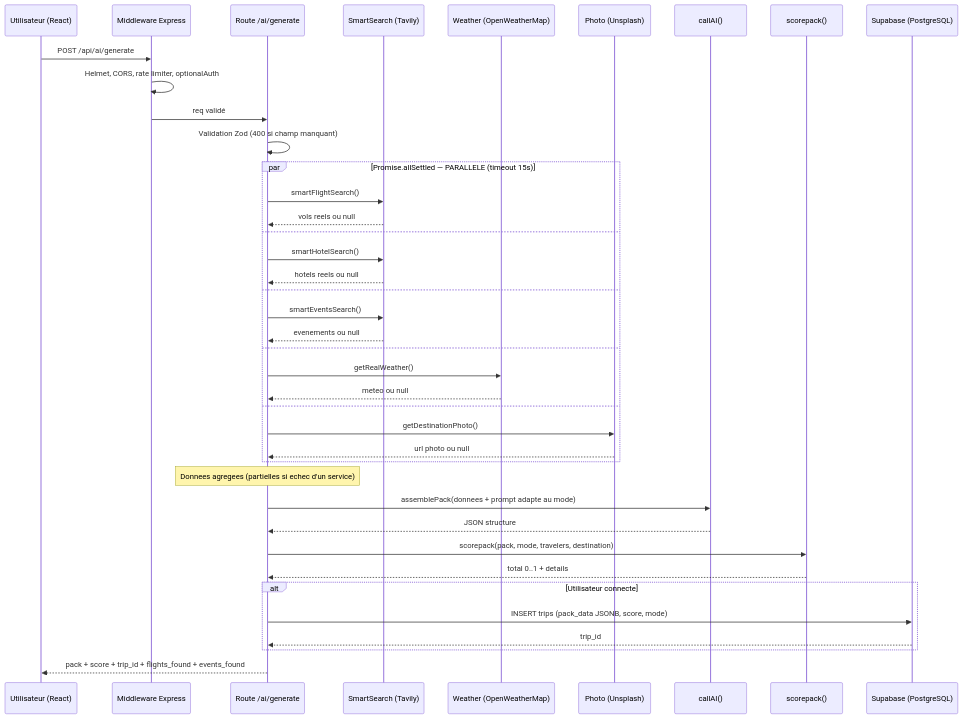
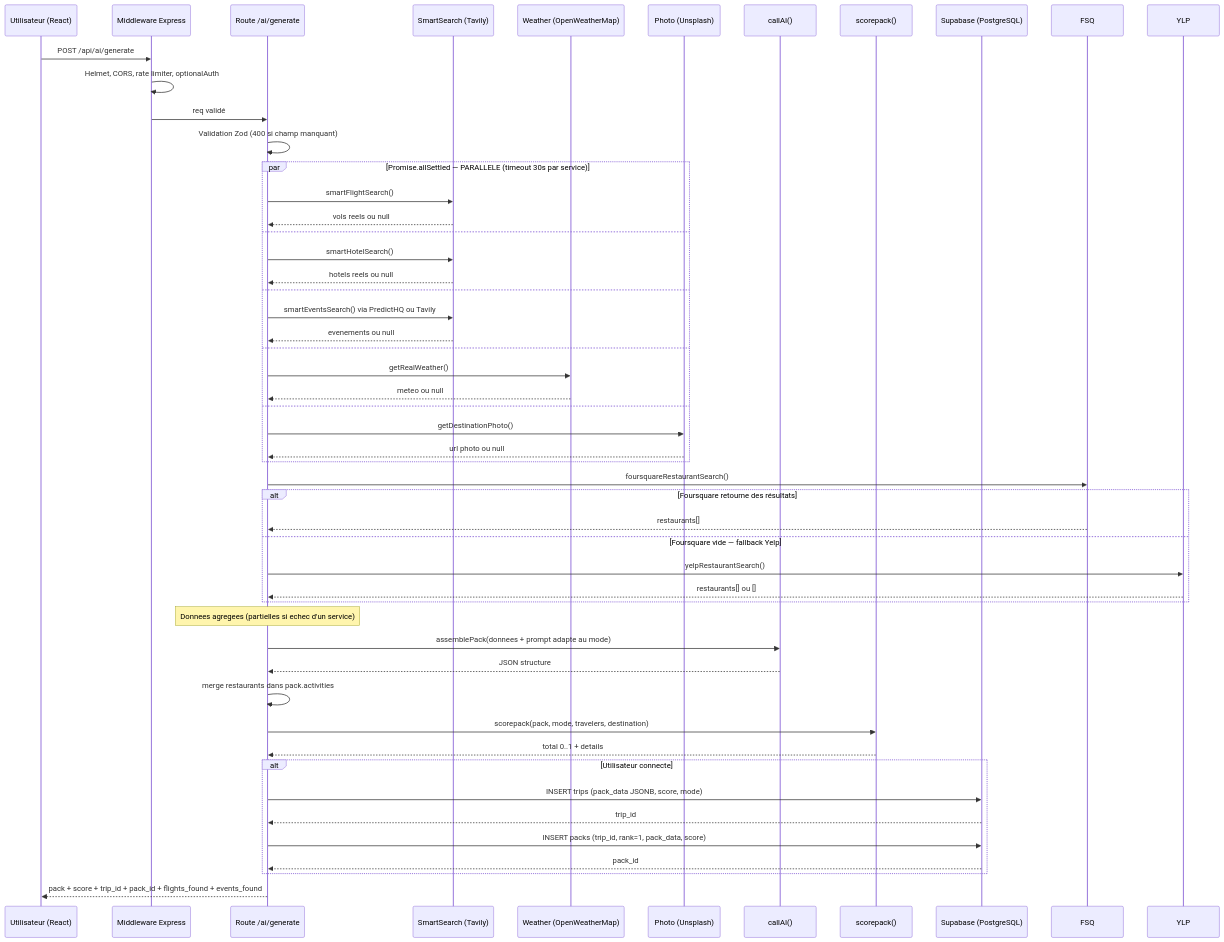
The second of 7 diagrams in docs/DIAGRAMS.md (loties1533/tripgenie), drawn with Mermaid before and after one commit. The commit also changed other lines of this file and 3 other files, not shown here.

Commit message:
docs: documentation technique (PDF/DOCX), CLAUDE.md et diagrammes

````diff
--- a/docs/DIAGRAMS.md
+++ b/docs/DIAGRAMS.md
@@ -52,50 +83,62 @@
 ```mermaid
 sequenceDiagram
     participant U as Utilisateur (React)
     participant MW as Middleware Express
     participant R as Route /ai/generate
     participant SS as SmartSearch (Tavily)
     participant WE as Weather (OpenWeatherMap)
     participant PH as Photo (Unsplash)
     participant LLM as callAI()
     participant SC as scorepack()
     participant DB as Supabase (PostgreSQL)
 
     U->>MW: POST /api/ai/generate
     MW->>MW: Helmet, CORS, rate limiter, optionalAuth
     MW->>R: req validé
 
     R->>R: Validation Zod (400 si champ manquant)
 
-    par Promise.allSettled — PARALLELE (timeout 15s)
+    par Promise.allSettled — PARALLELE (timeout 30s par service)
         R->>SS: smartFlightSearch()
         SS-->>R: vols reels ou null
     and
         R->>SS: smartHotelSearch()
         SS-->>R: hotels reels ou null
     and
-        R->>SS: smartEventsSearch()
+        R->>SS: smartEventsSearch() via PredictHQ ou Tavily
         SS-->>R: evenements ou null
     and
         R->>WE: getRealWeather()
         WE-->>R: meteo ou null
     and
         R->>PH: getDestinationPhoto()
         PH-->>R: url photo ou null
     end
 
+    R->>FSQ: foursquareRestaurantSearch()
+    alt Foursquare retourne des résultats
+        FSQ-->>R: restaurants[]
+    else Foursquare vide — fallback Yelp
+        R->>YLP: yelpRestaurantSearch()
+        YLP-->>R: restaurants[] ou []
+    end
+
     Note over R: Donnees agregees (partielles si echec d'un service)
 
     R->>LLM: assemblePack(donnees + prompt adapte au mode)
     LLM-->>R: JSON structure
+
+    R->>R: merge restaurants dans pack.activities
 
     R->>SC: scorepack(pack, mode, travelers, destination)
     SC-->>R: total 0..1 + details
 
     alt Utilisateur connecte
         R->>DB: INSERT trips (pack_data JSONB, score, mode)
         DB-->>R: trip_id
+        R->>DB: INSERT packs (trip_id, rank=1, pack_data, score)
+        DB-->>R: pack_id
     end
 
-    R-->>U: pack + score + trip_id + flights_found + events_found
+    R-->>U: pack + score + trip_id + pack_id + flights_found + events_found
 ```
````
